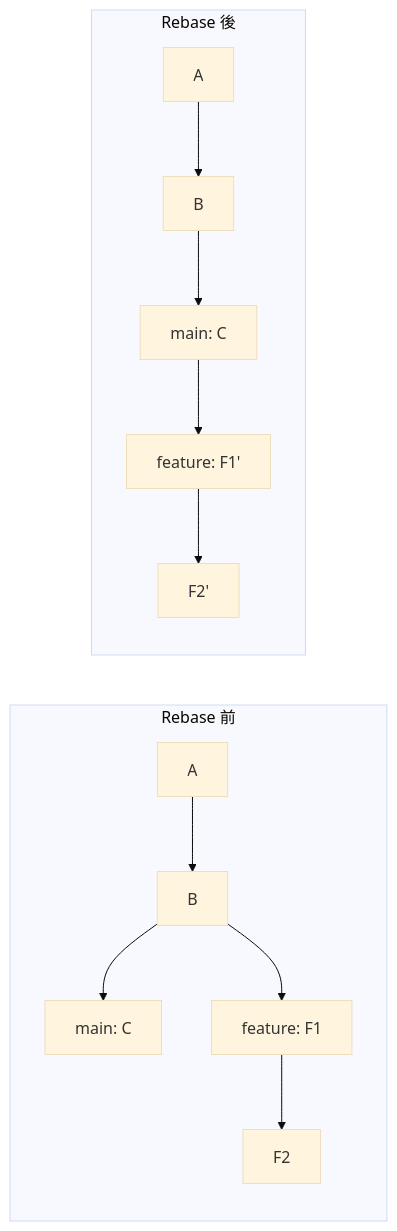
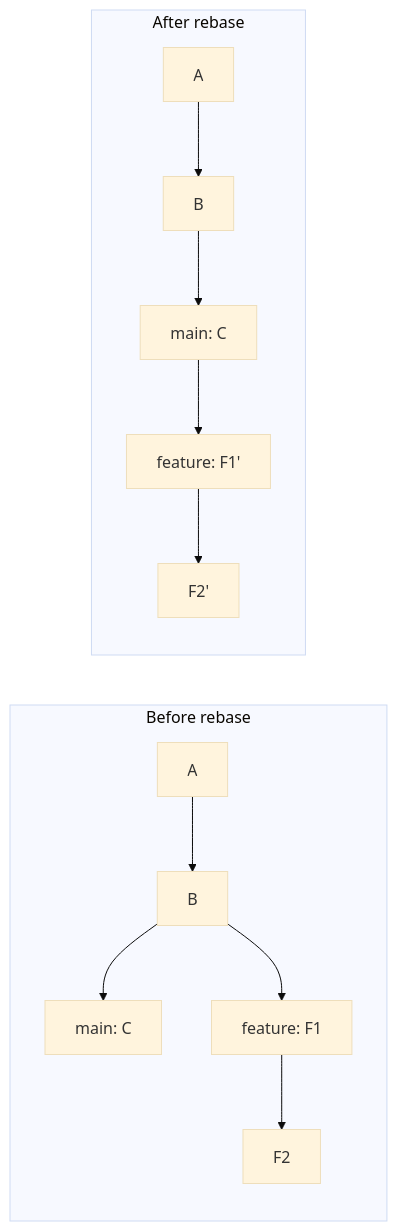
The first of 2 diagrams in docs/Git/Git Commands/07_Revert_Reset_and_Rebase.md (uuboyscy/uuboyscy-engineering-logs), drawn with Mermaid (base theme) before and after one commit. The commit also changed other lines of this file and 16 other files, not shown here.

````diff
--- a/docs/Git/Git Commands/07_Revert_Reset_and_Rebase.md
+++ b/docs/Git/Git Commands/07_Revert_Reset_and_Rebase.md
@@ -158,11 +164,11 @@
 ```mermaid
 flowchart LR
-    subgraph Before["Rebase 前"]
+    subgraph Before["Before rebase"]
       A1["A"] --> B1["B"]
       B1 --> C1["main: C"]
       B1 --> F1["feature: F1"] --> F2["F2"]
     end
-    subgraph After["Rebase 後"]
+    subgraph After["After rebase"]
       A2["A"] --> B2["B"] --> C2["main: C"] --> N1["feature: F1'"] --> N2["F2'"]
     end
 ```
````
